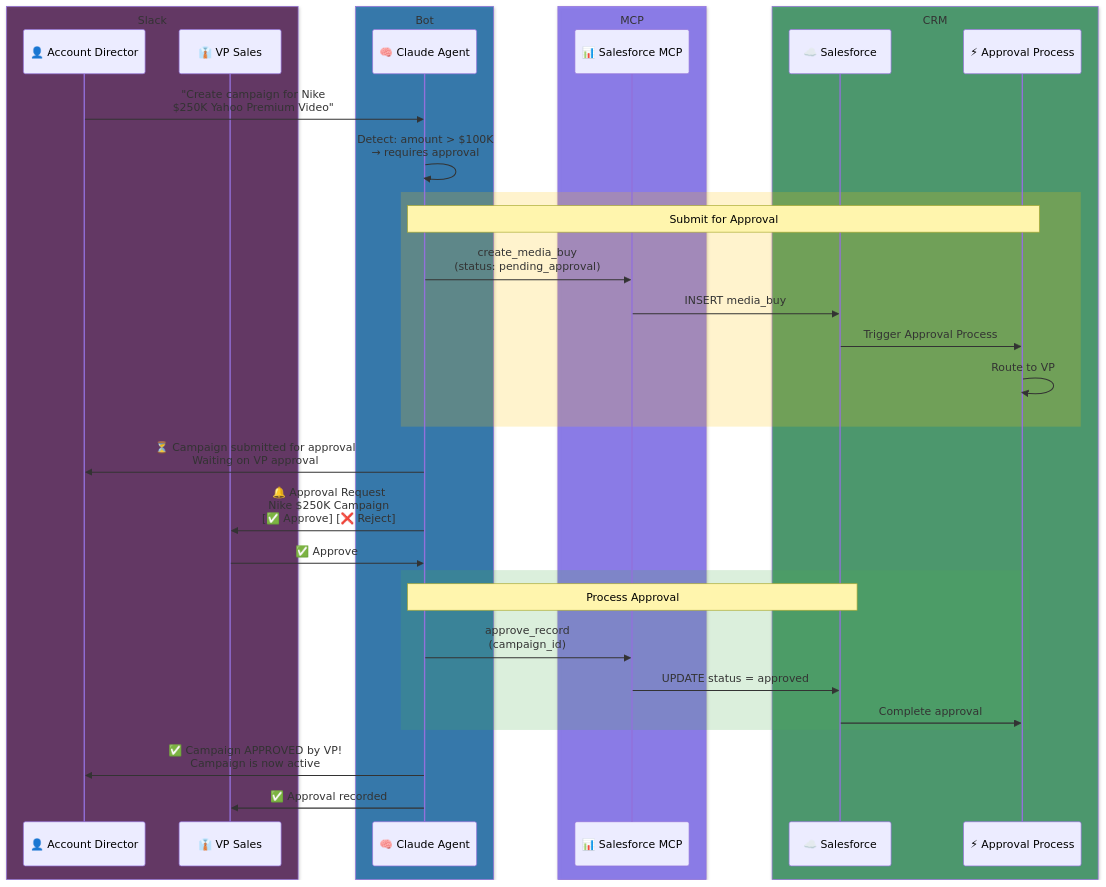
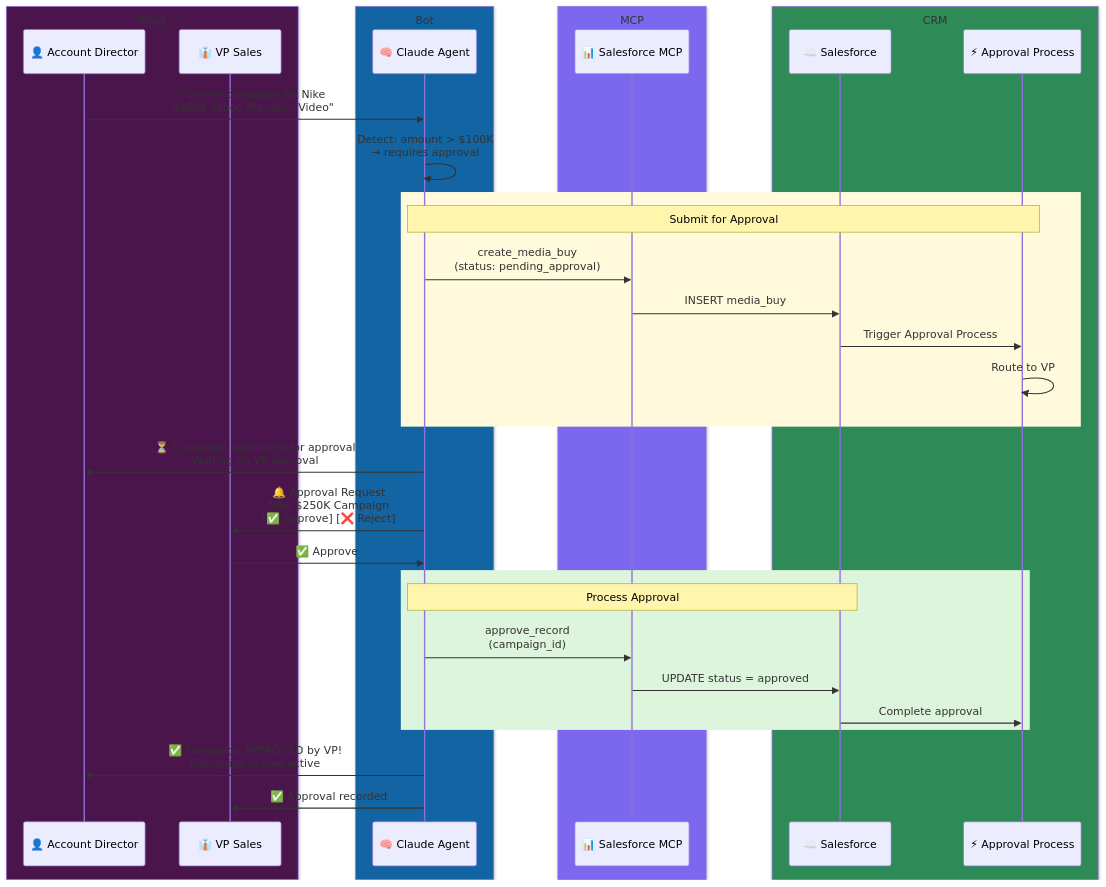
The ninth of 9 diagrams in yahoo_mcp_server/slack/README.md (arupsarkar-sfdc/admcp-media-app), drawn with Mermaid before and after one commit. The commit also changed other lines of this file, not shown here.

Commit message:
fix: Convert all rgba to rgb for GitHub Mermaid compatibility

````diff
--- a/yahoo_mcp_server/slack/README.md
+++ b/yahoo_mcp_server/slack/README.md
@@ -647,48 +647,48 @@
 ```mermaid
 sequenceDiagram
-    box rgba(74,21,75,0.8) Slack
+    box rgb(74, 21, 75) Slack
         participant AD as 👤 Account Director
         participant VP as 👔 VP Sales
     end
 
-    box rgba(18,100,163,0.8) Bot
+    box rgb(18, 100, 163) Bot
         participant BOT as 🧠 Claude Agent
     end
 
-    box rgba(123,104,238,0.8) MCP
+    box rgb(123, 104, 238) MCP
         participant CRM as 📊 Salesforce MCP
     end
 
-    box rgba(46,139,87,0.8) CRM
+    box rgb(46, 139, 87) CRM
         participant SF as ☁️ Salesforce
         participant APPR as ⚡ Approval Process
     end
 
     AD->>BOT: "Create campaign for Nike<br/>$250K Yahoo Premium Video"
 
     BOT->>BOT: Detect: amount > $100K<br/>→ requires approval
 
-    rect rgba(255,193,7,0.2)
+    rect rgb(255, 250, 220)
         Note over BOT,APPR: Submit for Approval
         BOT->>CRM: create_media_buy<br/>(status: pending_approval)
         CRM->>SF: INSERT media_buy
         SF->>APPR: Trigger Approval Process
         APPR->>APPR: Route to VP
     end
 
     BOT->>AD: ⏳ Campaign submitted for approval<br/>Waiting on VP approval
 
     BOT->>VP: 🔔 Approval Request<br/>Nike $250K Campaign<br/>[✅ Approve] [❌ Reject]
 
     VP->>BOT: ✅ Approve
 
-    rect rgba(76,175,80,0.2)
+    rect rgb(220, 245, 220)
         Note over BOT,SF: Process Approval
         BOT->>CRM: approve_record<br/>(campaign_id)
         CRM->>SF: UPDATE status = approved
         SF->>APPR: Complete approval
     end
 
     BOT->>AD: ✅ Campaign APPROVED by VP!<br/>Campaign is now active
     BOT->>VP: ✅ Approval recorded
 ```
````
